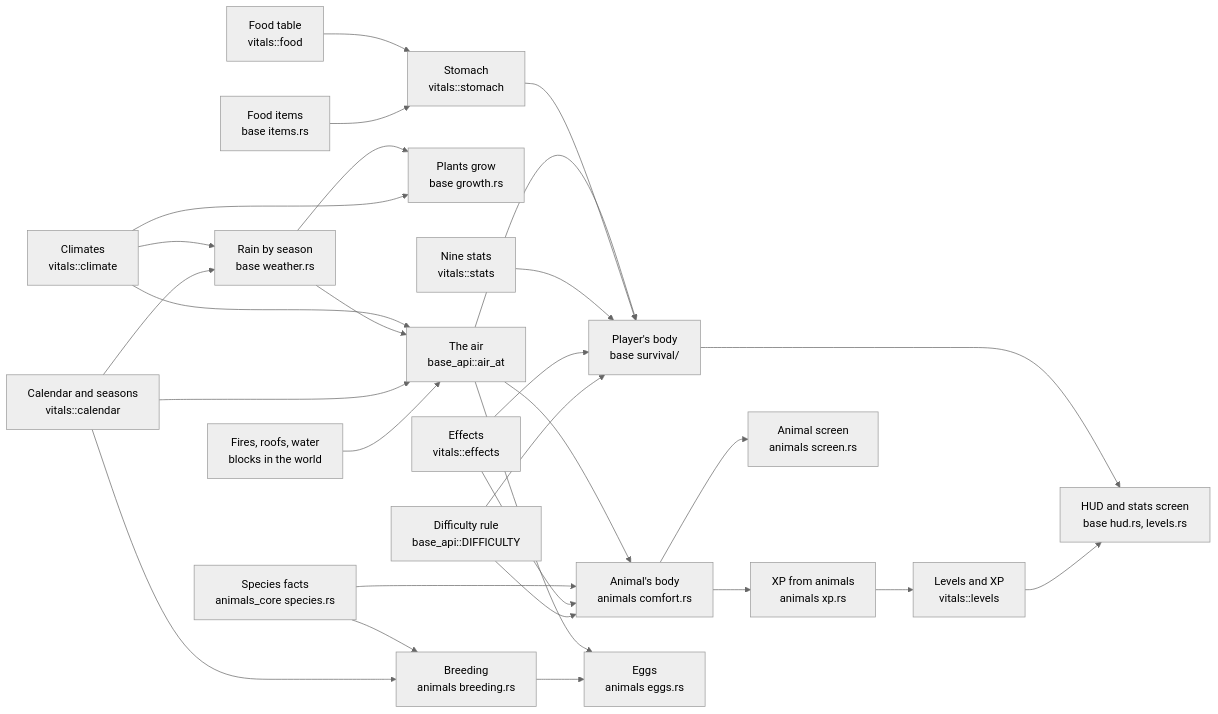
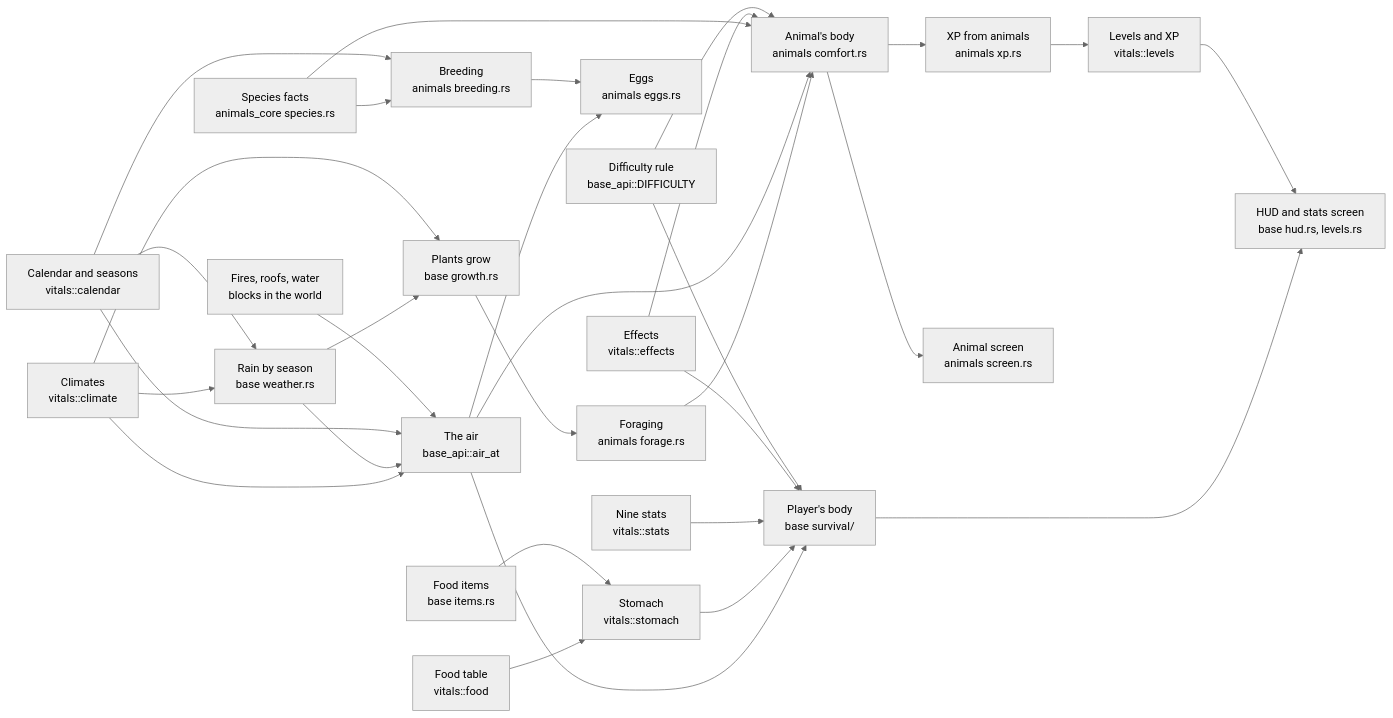
One commit to ronickg/chiacraft-weft changed the diagram in notes/SYSTEMS.md. Above: the diagram before and after it, drawn with Mermaid (neutral theme). The commit also changed other lines of this file and 31 other files, not shown here.

````diff
--- a/notes/SYSTEMS.md
+++ b/notes/SYSTEMS.md
@@ -12,30 +12,32 @@
 ```mermaid
 flowchart LR
   climate["Climates<br/>vitals::climate"] --> air["The air<br/>base_api::air_at"]
   climate --> weather["Rain by season<br/>base weather.rs"]
   calendar --> weather
   weather --> air
   weather --> plants["Plants grow<br/>base growth.rs"]
   climate --> plants
+  plants --> forage["Foraging<br/>animals forage.rs"]
+  forage --> animal
   calendar["Calendar and seasons<br/>vitals::calendar"] --> air
   fires["Fires, roofs, water<br/>blocks in the world"] --> air
   air --> player["Player's body<br/>base survival/"]
   air --> animal["Animal's body<br/>animals comfort.rs"]
   air --> eggs["Eggs<br/>animals eggs.rs"]
   food["Food table<br/>vitals::food"] --> stomach["Stomach<br/>vitals::stomach"]
   items["Food items<br/>base items.rs"] --> stomach
   stomach --> player
   stats["Nine stats<br/>vitals::stats"] --> player
   species["Species facts<br/>animals_core species.rs"] --> animal
   species --> breeding["Breeding<br/>animals breeding.rs"]
   calendar --> breeding
   breeding --> eggs
   effects["Effects<br/>vitals::effects"] --> player
   effects --> animal
   difficulty["Difficulty rule<br/>base_api::DIFFICULTY"] --> player
   difficulty --> animal
   player --> hud["HUD and stats screen<br/>base hud.rs, levels.rs"]
   levels["Levels and XP<br/>vitals::levels"] --> hud
   animal --> xp["XP from animals<br/>animals xp.rs"] --> levels
   animal --> screen["Animal screen<br/>animals screen.rs"]
 ```
````
